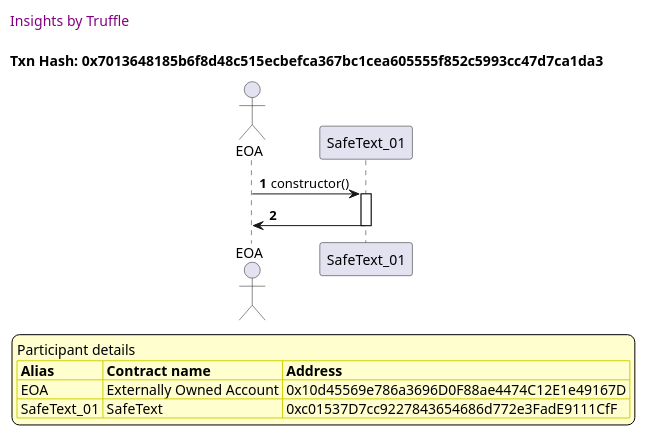
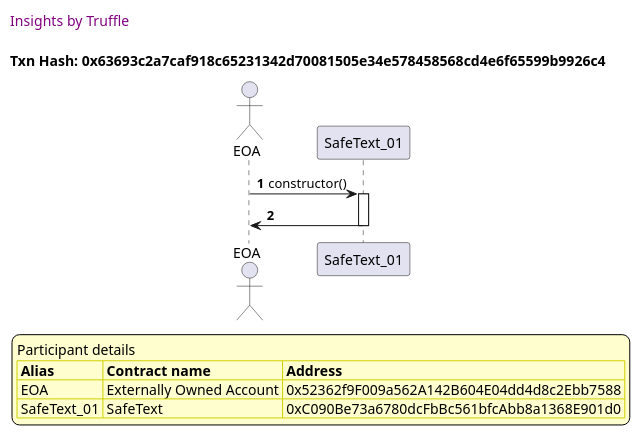
Before and after one commit to thedarkjester/ConsensysAssignment: the second of 2 diagrams in truffle-seq/Library_test_safetext.md, drawn with PlantUML. The commit also changed other lines of this file and 13 other files, not shown here.

````diff
--- a/truffle-seq/Library_test_safetext.md
+++ b/truffle-seq/Library_test_safetext.md
@@ -61,37 +61,37 @@
 ```plantuml
 
 
 @startuml
 
 autonumber
 skinparam legendBackgroundColor #FEFECE
 
 <style>
       header {
         HorizontalAlignment left
         FontColor purple
         FontSize 14
         Padding 10
       }
     </style>
 
 header Insights by Truffle
 
-title Txn Hash: 0x7013648185b6f8d48c515ecbefca367bc1cea605555f852c5993cc47d7ca1da3
+title Txn Hash: 0x63693c2a7caf918c65231342d70081505e34e578458568cd4e6f65599b9926c4
 
 
 actor EOA as "EOA"
 participant SafeText_01 as "SafeText_01"
 
 "EOA" -> "SafeText_01" ++: constructor()
 "SafeText_01" -> "EOA" --: 
 
 legend
 Participant details
 <#FEFECE,#D0D000>|= Alias |= Contract name |= Address |
-<#FEFECE>| EOA | Externally Owned Account | 0x10d45569e786a3696D0F88ae4474C12E1e49167D |
-<#FEFECE>| SafeText_01 | SafeText | 0xc01537D7cc9227843654686d772e3FadE9111CfF |
+<#FEFECE>| EOA | Externally Owned Account | 0x52362f9F009a562A142B604E04dd4d8c2Ebb7588 |
+<#FEFECE>| SafeText_01 | SafeText | 0xC090Be73a6780dcFbBc561bfcAbb8a1368E901d0 |
 endlegend
 
 @enduml
 ```
````
